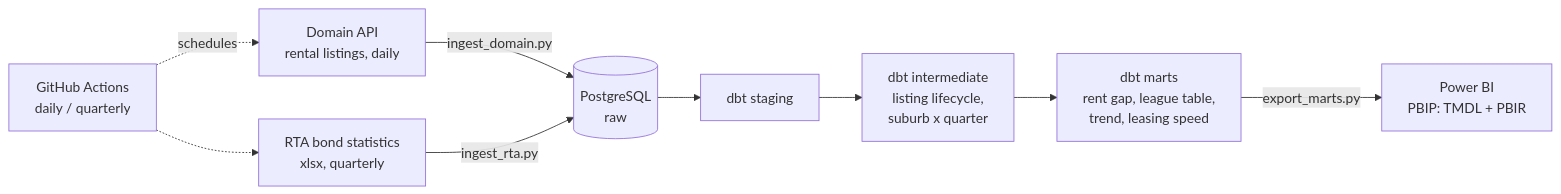
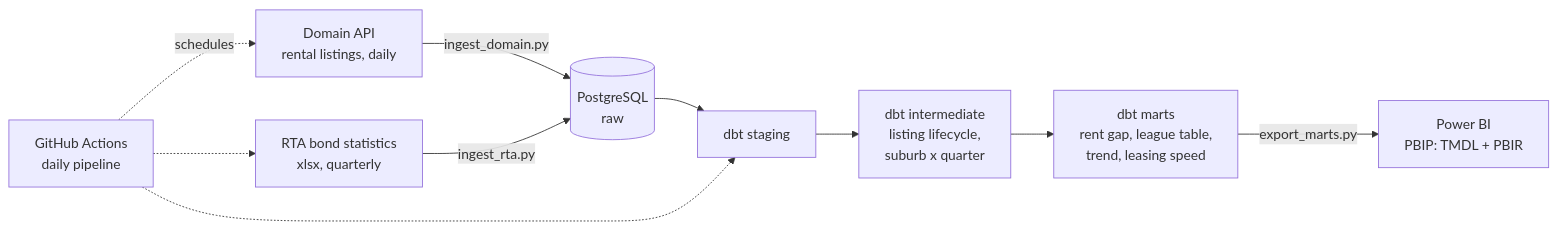
Before and after one commit to hmn3702/brisbane-rent-pipeline: the diagram in README.md, drawn with Mermaid. The commit also changed other lines of this file and 13 other files, not shown here.

````diff
--- a/README.md
+++ b/README.md
@@ -33,11 +33,12 @@
 ```mermaid
 flowchart LR
     A[Domain API<br/>rental listings, daily] -->|ingest_domain.py| R[(PostgreSQL<br/>raw)]
     B[RTA bond statistics<br/>xlsx, quarterly] -->|ingest_rta.py| R
     R --> S[dbt staging]
     S --> I[dbt intermediate<br/>listing lifecycle,<br/>suburb x quarter]
     I --> M[dbt marts<br/>rent gap, league table,<br/>trend, leasing speed]
     M -->|export_marts.py| P[Power BI<br/>PBIP: TMDL + PBIR]
-    G[GitHub Actions<br/>daily / quarterly] -.schedules.-> A
+    G[GitHub Actions<br/>daily pipeline] -.schedules.-> A
     G -.-> B
+    G -.-> S
 ```
````
